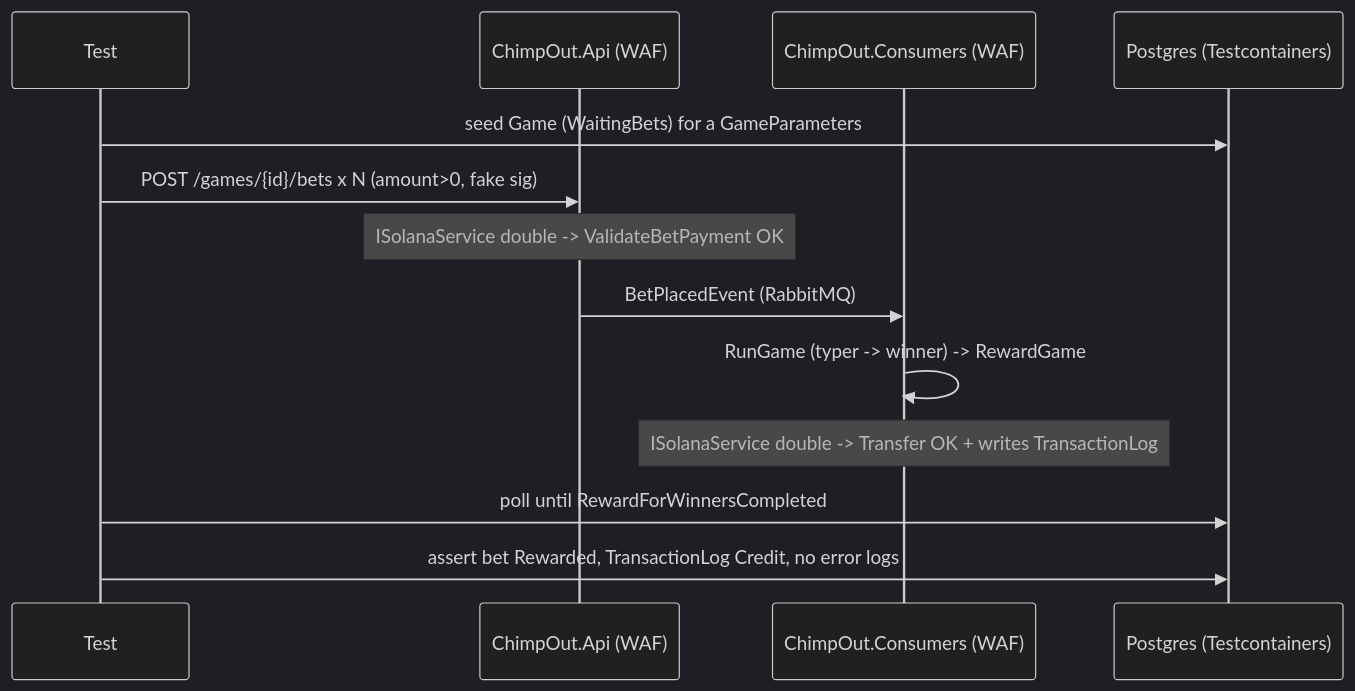
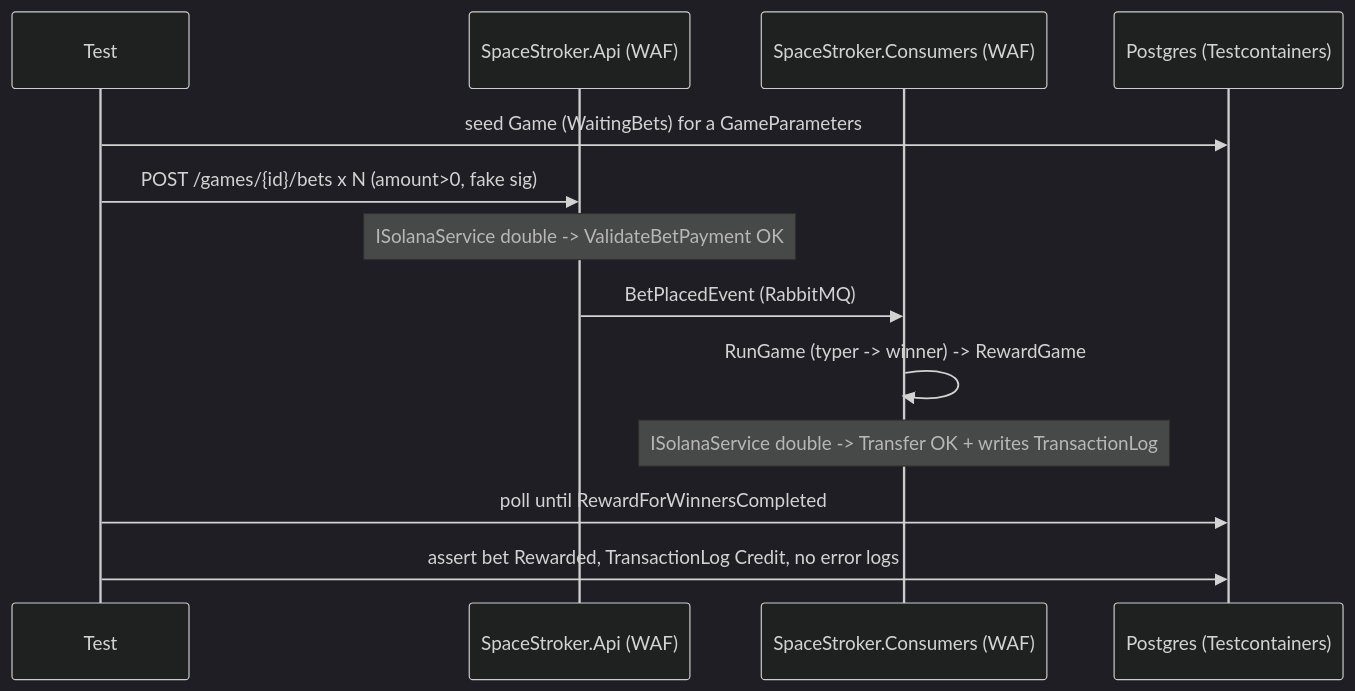
Before and after one commit to marcusruas/monkify-meta: the second of 2 diagrams in specs/dev-qol-stuff.md, drawn with Mermaid (dark theme). The commit also changed other lines of this file and 99 other files, not shown here.

First line of the commit message:
Rename ChimpOut -> SpaceStroker across deploy + KB (#75).

````diff
--- a/specs/dev-qol-stuff.md
+++ b/specs/dev-qol-stuff.md
@@ -368,15 +368,15 @@
 ```mermaid
 sequenceDiagram
     participant T as Test
-    participant API as ChimpOut.Api (WAF)
-    participant C as ChimpOut.Consumers (WAF)
+    participant API as SpaceStroker.Api (WAF)
+    participant C as SpaceStroker.Consumers (WAF)
     participant DB as Postgres (Testcontainers)
     T->>DB: seed Game (WaitingBets) for a GameParameters
     T->>API: POST /games/{id}/bets x N (amount>0, fake sig)
     Note over API: ISolanaService double -> ValidateBetPayment OK
     API->>C: BetPlacedEvent (RabbitMQ)
     C->>C: RunGame (typer -> winner) -> RewardGame
     Note over C: ISolanaService double -> Transfer OK + writes TransactionLog
     T->>DB: poll until RewardForWinnersCompleted
     T->>DB: assert bet Rewarded, TransactionLog Credit, no error logs
 ```
````
